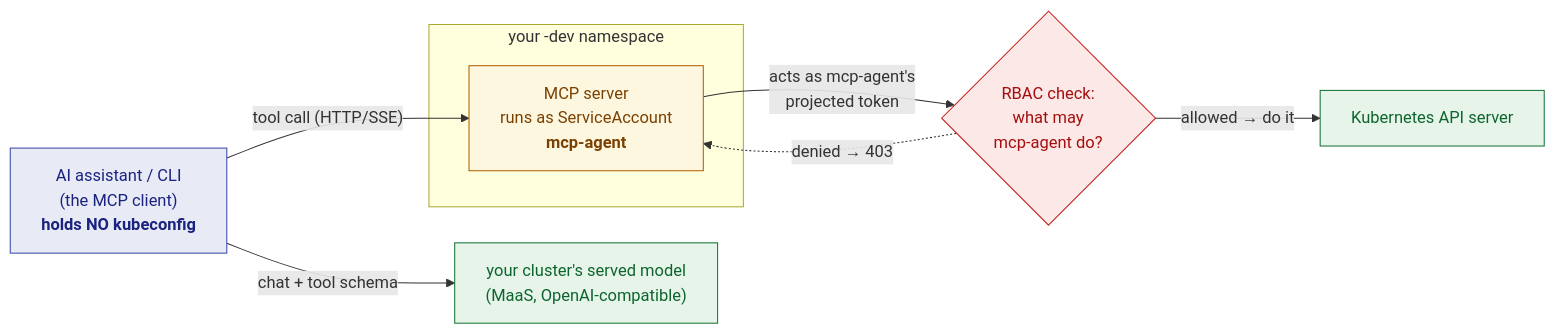
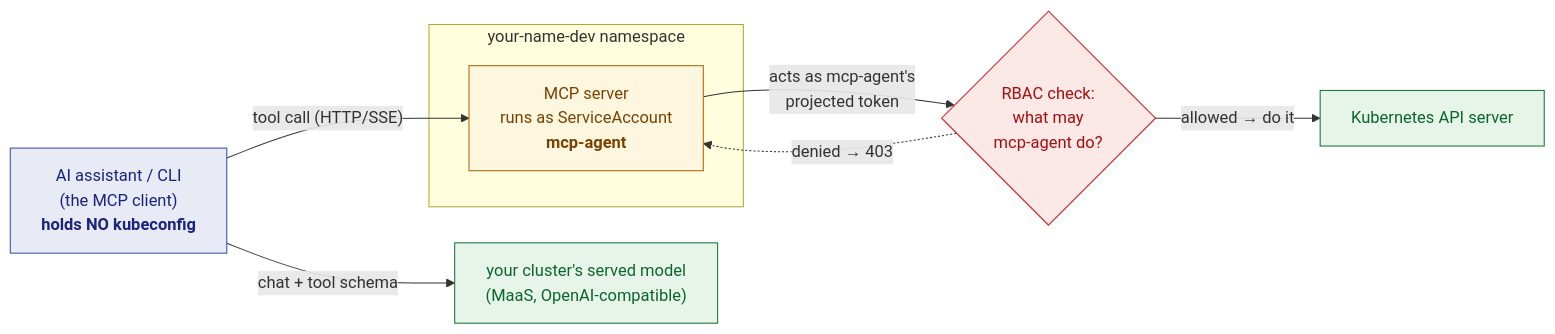
Before and after one commit to serhat-dirik/OCP-Getting-Started-Revamped: the diagram in content/modules/ROOT/examples/diagrams/ai-assisted-development/01-mcp-sa-boundary.mmd, drawn with Mermaid. The commit also changed 11 other files, not shown here.

First line of the commit message:
fix(content): convert the last diagrams to the house line-break and placeholder style

```diff
--- a/content/modules/ROOT/examples/diagrams/ai-assisted-development/01-mcp-sa-boundary.mmd
+++ b/content/modules/ROOT/examples/diagrams/ai-assisted-development/01-mcp-sa-boundary.mmd
@@ -1,17 +1,17 @@
 graph LR
   cli["AI assistant / CLI<br/>(the MCP client)<br/><b>holds NO kubeconfig</b>"]
-  subgraph ns["your -dev namespace"]
+  subgraph ns["your-name-dev namespace"]
     mcp["MCP server<br/>runs as ServiceAccount<br/><b>mcp-agent</b>"]
   end
   api["Kubernetes API server"]
   rbac{"RBAC check:<br/>what may<br/>mcp-agent do?"}
   cli -->|"tool call (HTTP/SSE)"| mcp
   mcp -->|"acts as mcp-agent's<br/>projected token"| rbac
   rbac -->|"allowed → do it"| api
   rbac -.->|"denied → 403"| mcp
   cli -->|"chat + tool schema"| model["your cluster's served model<br/>(MaaS, OpenAI-compatible)"]
   classDef client fill:#e8eaf6,stroke:#3949ab,color:#1a237e;
   classDef server fill:#fef7e0,stroke:#b06000,color:#7a4100;
   classDef gate fill:#fce8e6,stroke:#c5221f,color:#a50e0e;
   classDef ext fill:#e6f4ea,stroke:#137333,color:#0d652d;
   class cli client; class mcp server; class rbac gate; class api,model ext;
```
